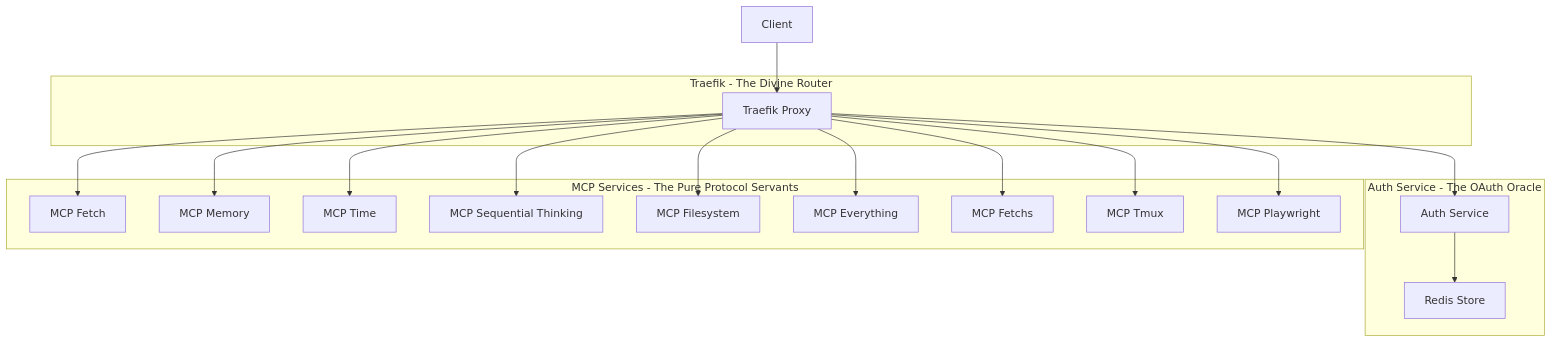
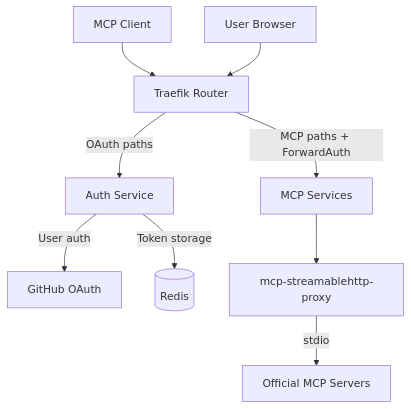
The diagram in docs/index.md (atrawog/mcp-oauth-gateway), drawn with Mermaid before and after one commit. The commit also changed other lines of this file and 69 other files, not shown here.

First line of the commit message:
Update Documentation and Configuration for MCP OAuth Gateway

````diff
--- a/docs/index.md
+++ b/docs/index.md
@@ -74,36 +73,14 @@
 ```{mermaid}
-graph TB
-    subgraph "Traefik - The Divine Router"
-        T[Traefik Proxy]
-    end
+graph TD
+    Client[MCP Client] --> Traefik[Traefik Router]
+    User[User Browser] --> Traefik
     
-    subgraph "Auth Service - The OAuth Oracle"
-        A[Auth Service]
-        R[Redis Store]
-    end
+    Traefik --> |OAuth paths| Auth[Auth Service]
+    Traefik --> |MCP paths + ForwardAuth| MCP[MCP Services]
     
-    subgraph "MCP Services - The Pure Protocol Servants"
-        M1[MCP Fetch]
-        M2[MCP Memory]
-        M3[MCP Time]
-        M4[MCP Sequential Thinking]
-        M5[MCP Filesystem]
-        M6[MCP Everything]
-        M7[MCP Fetchs]
-        M8[MCP Tmux]
-        M9[MCP Playwright]
-    end
+    Auth --> |User auth| GitHub[GitHub OAuth]
+    Auth --> |Token storage| Redis[(Redis)]
     
-    Client --> T
-    T --> A
-    T --> M1
-    T --> M2
-    T --> M3
-    T --> M4
-    T --> M5
-    T --> M6
-    T --> M7
-    T --> M8
-    T --> M9
-    A --> R
+    MCP --> Proxy[mcp-streamablehttp-proxy]
+    Proxy --> |stdio| Servers[Official MCP Servers]
 ```
````
